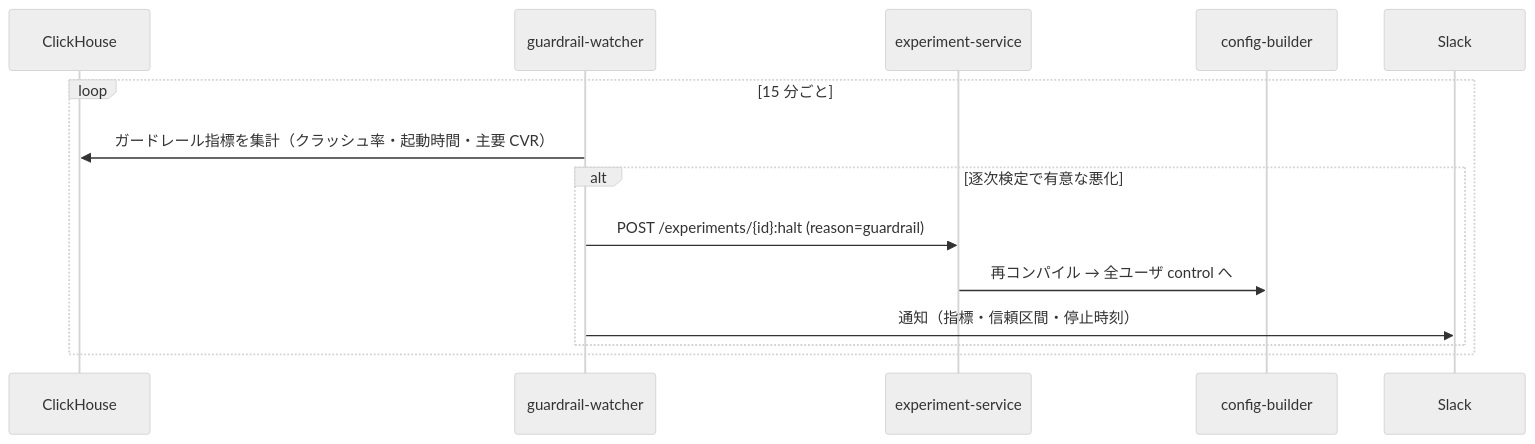
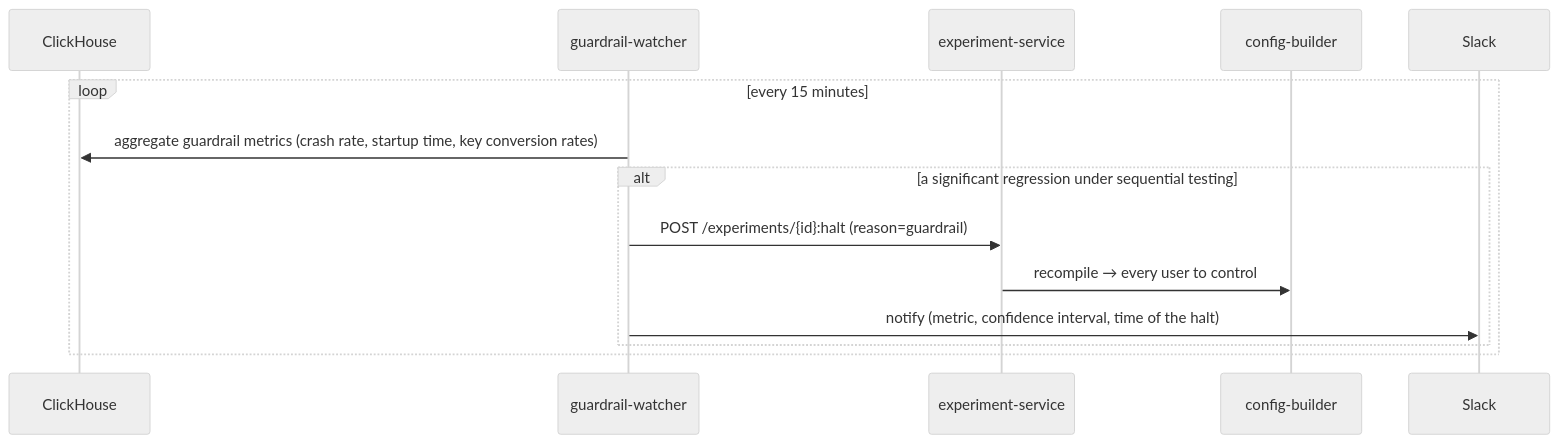
The fourth of 5 diagrams in docs/02-architecture.md (0x0c/bakuchi), drawn with Mermaid (neutral theme) before and after one commit. The commit also changed other lines of this file and 37 other files, not shown here.

````diff
--- a/docs/02-architecture.md
+++ b/docs/02-architecture.md
@@ -158,17 +169,17 @@
 ```mermaid
 sequenceDiagram
     participant CH as ClickHouse
     participant W as guardrail-watcher
     participant EXP as experiment-service
     participant BLD as config-builder
     participant Slack
 
-    loop 15 分ごと
-        W->>CH: ガードレール指標を集計（クラッシュ率・起動時間・主要 CVR）
-        alt 逐次検定で有意な悪化
+    loop every 15 minutes
+        W->>CH: aggregate guardrail metrics (crash rate, startup time, key conversion rates)
+        alt a significant regression under sequential testing
             W->>EXP: POST /experiments/{id}:halt (reason=guardrail)
-            EXP->>BLD: 再コンパイル → 全ユーザ control へ
-            W->>Slack: 通知（指標・信頼区間・停止時刻）
+            EXP->>BLD: recompile → every user to control
+            W->>Slack: notify (metric, confidence interval, time of the halt)
         end
     end
 ```
````
